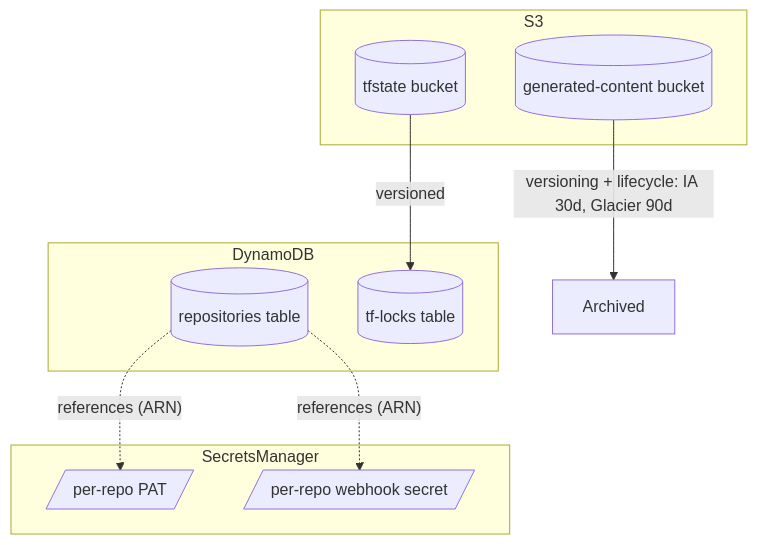
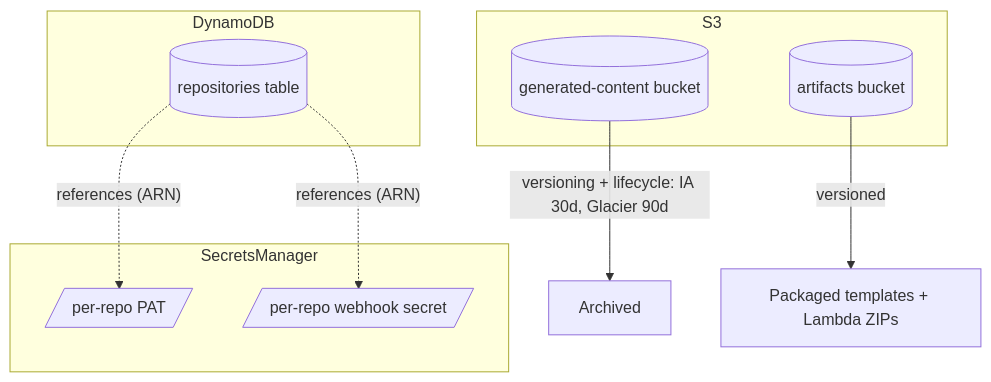
The sixth of 6 diagrams in docs/architecture.md (teddynted/ai-github-repository-blog-generator), drawn with Mermaid before and after one commit. The commit also changed other lines of this file and 11 other files, not shown here.

````diff
--- a/docs/architecture.md
+++ b/docs/architecture.md
@@ -188,19 +188,18 @@
 ```mermaid
 flowchart TB
     subgraph S3
         GC[(generated-content bucket)]
-        STATE[(tfstate bucket)]
+        ART[(artifacts bucket)]
     end
     subgraph DynamoDB
         REPOS[(repositories table)]
-        LOCK[(tf-locks table)]
     end
     subgraph SecretsManager
         PAT[/per-repo PAT/]
         WHS[/per-repo webhook secret/]
     end
     GC -->|versioning + lifecycle: IA 30d, Glacier 90d| ARCH[Archived]
-    STATE -->|versioned| LOCK
+    ART -->|versioned| PKG[Packaged templates + Lambda ZIPs]
     REPOS -. references (ARN) .-> PAT
     REPOS -. references (ARN) .-> WHS
 ```
````
